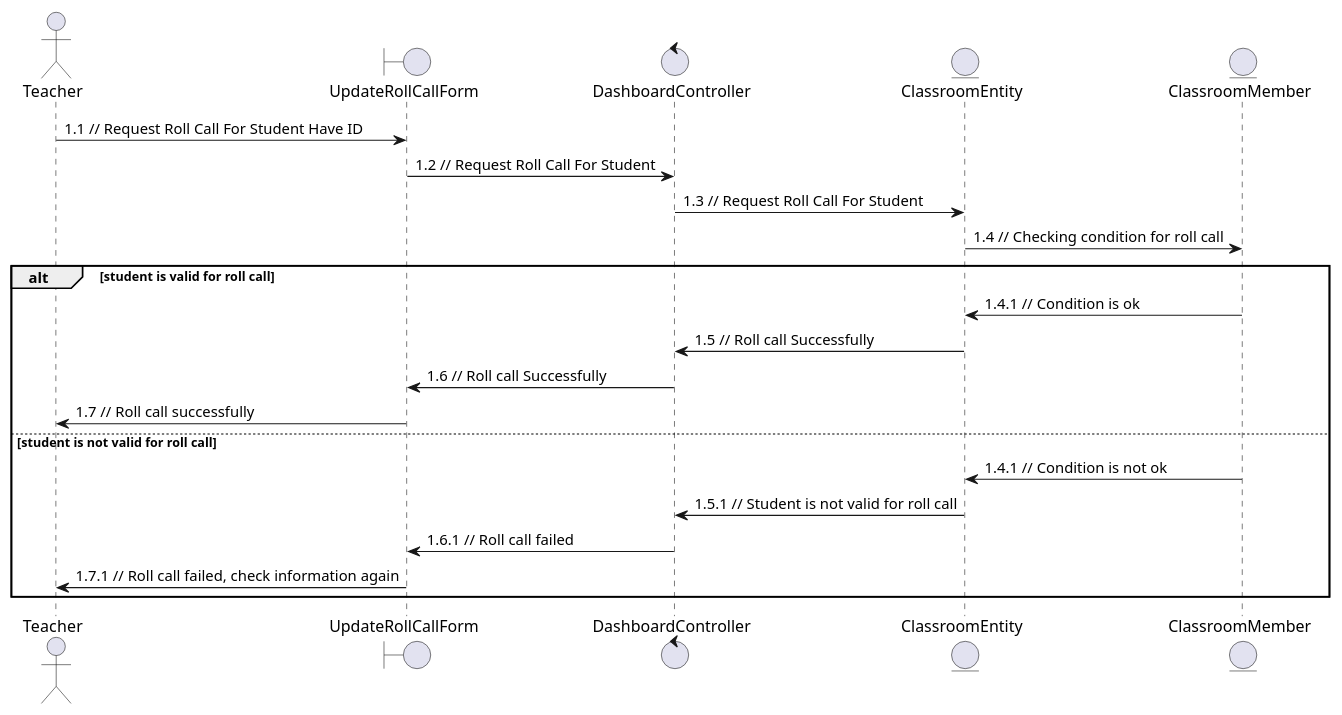
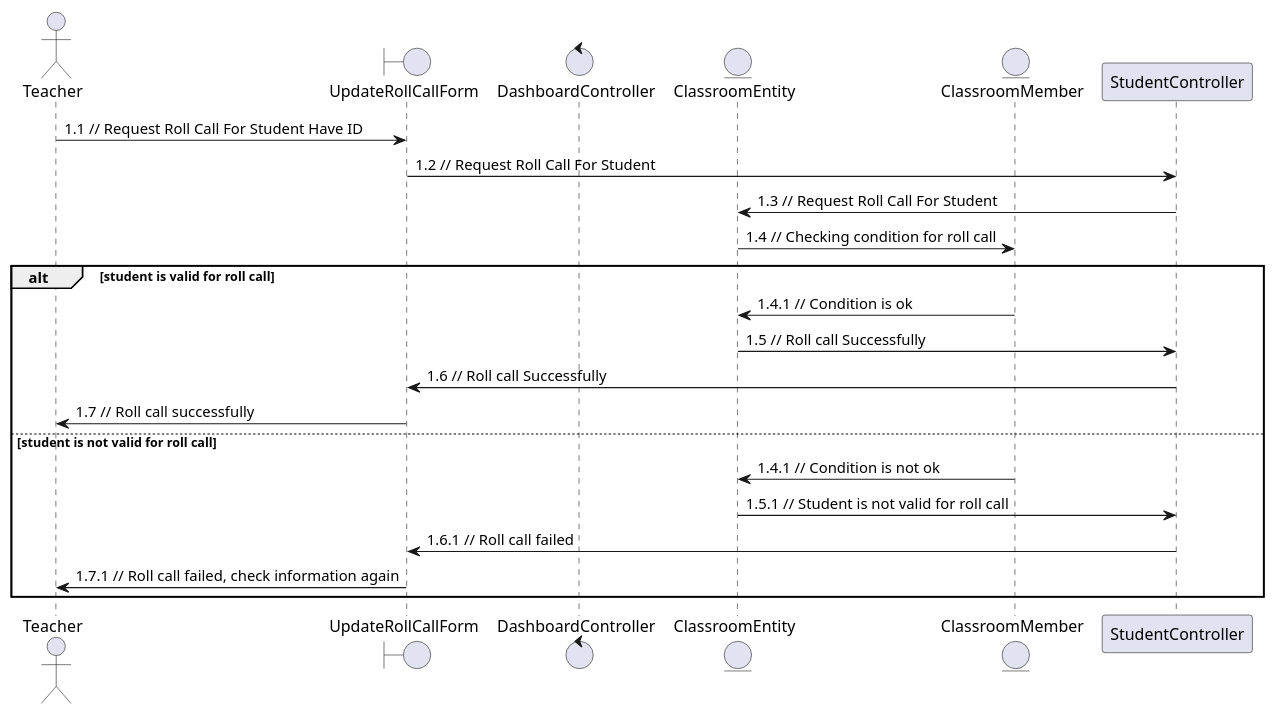
The diagram in makeRollCall.plantuml (anonyhostvn/OOAD-Diagram), drawn with PlantUML before and after one commit. The commit also changed 4 other files, not shown here.

Commit message:
done view student && fix controller

```diff
--- a/makeRollCall.plantuml
+++ b/makeRollCall.plantuml
@@ -1,25 +1,25 @@
 @startuml makeRollCall
 actor Teacher
 boundary UpdateRollCallForm
 control DashboardController
 entity ClassroomEntity
 entity ClassroomMember
 
 Teacher -> UpdateRollCallForm: 1.1 // Request Roll Call For Student Have ID
-UpdateRollCallForm -> DashboardController: 1.2 // Request Roll Call For Student
-DashboardController -> ClassroomEntity: 1.3 // Request Roll Call For Student
+UpdateRollCallForm -> StudentController: 1.2 // Request Roll Call For Student
+StudentController -> ClassroomEntity: 1.3 // Request Roll Call For Student
 ClassroomEntity -> ClassroomMember: 1.4 // Checking condition for roll call
 
 alt student is valid for roll call
     ClassroomMember -> ClassroomEntity: 1.4.1 // Condition is ok
-    ClassroomEntity -> DashboardController: 1.5 // Roll call Successfully
-    DashboardController -> UpdateRollCallForm: 1.6 // Roll call Successfully
+    ClassroomEntity -> StudentController: 1.5 // Roll call Successfully
+    StudentController -> UpdateRollCallForm: 1.6 // Roll call Successfully
     UpdateRollCallForm -> Teacher: 1.7 // Roll call successfully
 else student is not valid for roll call
     ClassroomMember -> ClassroomEntity: 1.4.1 // Condition is not ok
-    ClassroomEntity -> DashboardController: 1.5.1 // Student is not valid for roll call
-    DashboardController -> UpdateRollCallForm: 1.6.1 // Roll call failed
+    ClassroomEntity -> StudentController: 1.5.1 // Student is not valid for roll call
+    StudentController -> UpdateRollCallForm: 1.6.1 // Roll call failed
     UpdateRollCallForm -> Teacher: 1.7.1 // Roll call failed, check information again
 end
 
 @enduml
```
